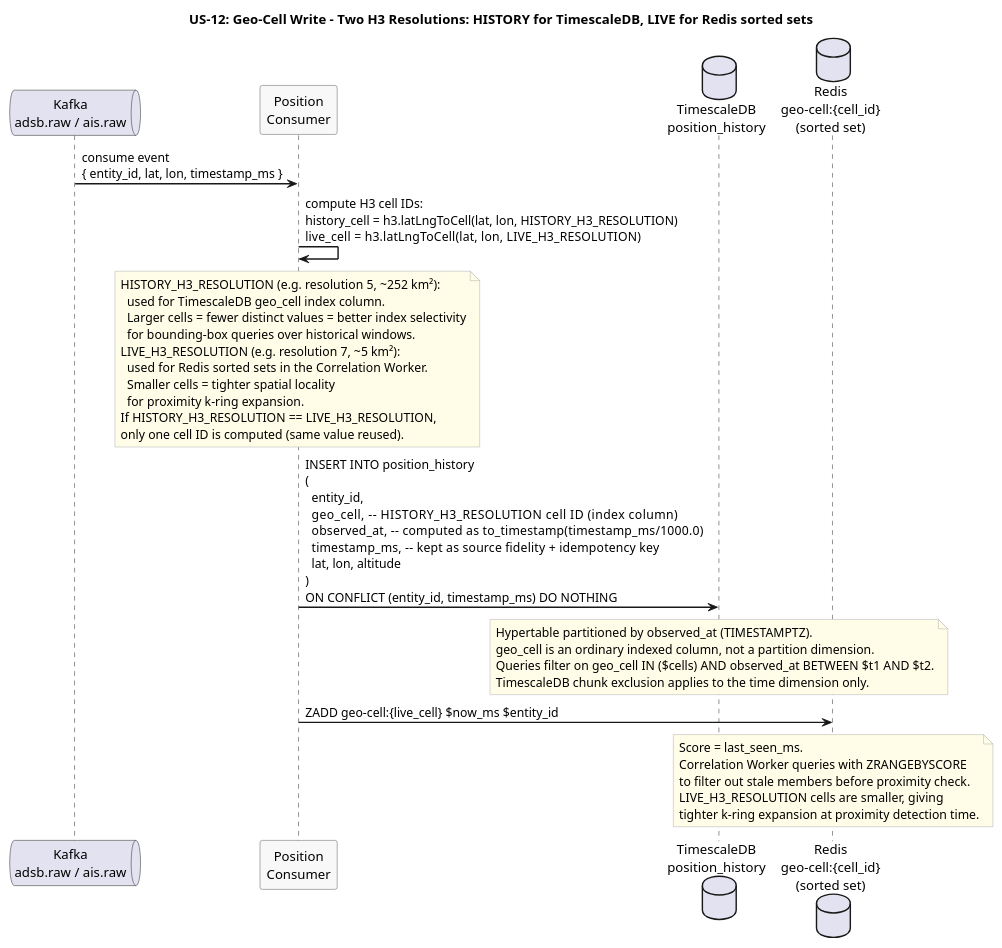
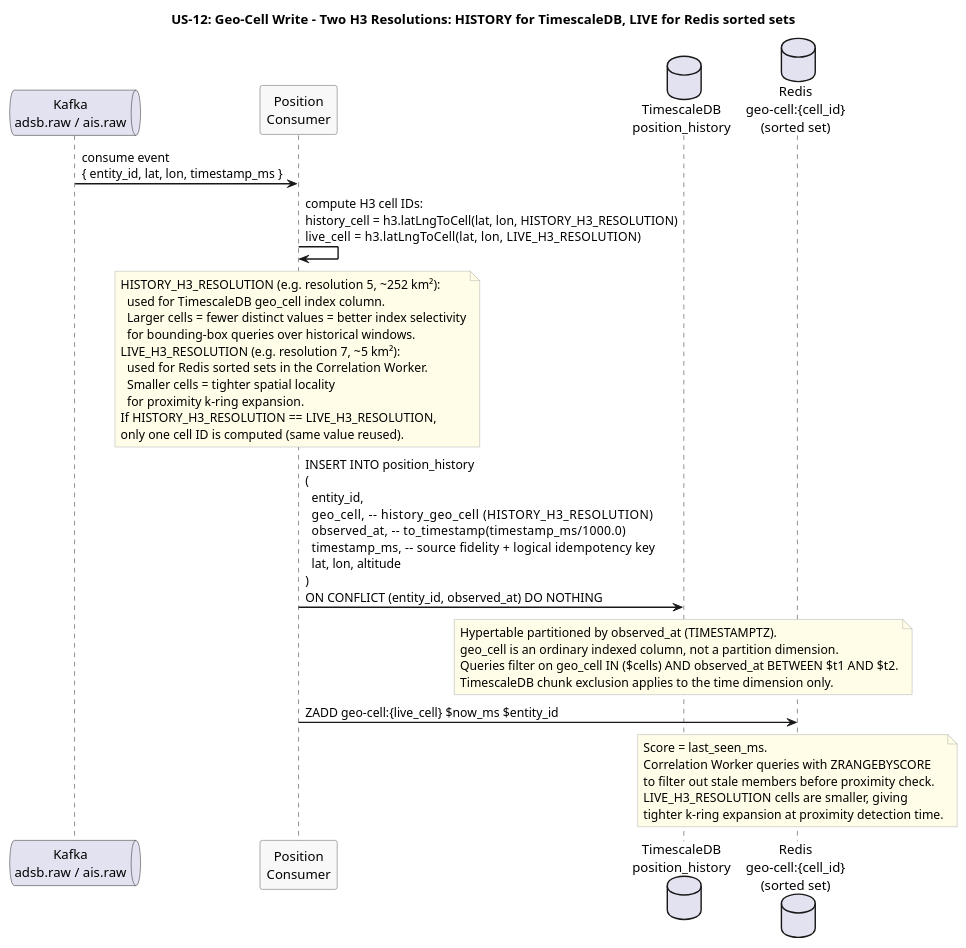
One commit to Buffden/sentinel changed the diagram in docs/use-cases/US-12-geo-spatial-efficiency/geo-cell-write.puml. Above: the diagram before and after it, drawn with PlantUML. The commit also changed 9 other files, not shown here.

First line of the commit message:
use-cases: update all diagrams and docs for 14-issue correctness sweep

```diff
--- a/docs/use-cases/US-12-geo-spatial-efficiency/geo-cell-write.puml
+++ b/docs/use-cases/US-12-geo-spatial-efficiency/geo-cell-write.puml
@@ -1,50 +1,50 @@
 @startuml geo-cell-write
 title US-12: Geo-Cell Write - Two H3 Resolutions: HISTORY for TimescaleDB, LIVE for Redis sorted sets
 
 skinparam sequenceArrowThickness 1.5
 skinparam participantBorderColor #555555
 skinparam participantBackgroundColor #F8F8F8
 skinparam noteBorderColor #AAAAAA
 skinparam noteBackgroundColor #FFFDE7
 
 queue "Kafka\nadsb.raw / ais.raw" as Kafka
 participant "Position\nConsumer" as Consumer
 database "TimescaleDB\nposition_history" as TSDB
 database "Redis\ngeo-cell:{cell_id}\n(sorted set)" as GeoCell
 
 Kafka -> Consumer : consume event\n{ entity_id, lat, lon, timestamp_ms }
 
 Consumer -> Consumer : compute H3 cell IDs:\nhistory_cell = h3.latLngToCell(lat, lon, HISTORY_H3_RESOLUTION)\nlive_cell    = h3.latLngToCell(lat, lon, LIVE_H3_RESOLUTION)
 
 note over Consumer
   HISTORY_H3_RESOLUTION (e.g. resolution 5, ~252 km²):
     used for TimescaleDB geo_cell index column.
     Larger cells = fewer distinct values = better index selectivity
     for bounding-box queries over historical windows.
   LIVE_H3_RESOLUTION (e.g. resolution 7, ~5 km²):
     used for Redis sorted sets in the Correlation Worker.
     Smaller cells = tighter spatial locality
     for proximity k-ring expansion.
   If HISTORY_H3_RESOLUTION == LIVE_H3_RESOLUTION,
   only one cell ID is computed (same value reused).
 end note
 
-Consumer -> TSDB : INSERT INTO position_history\n(\n  entity_id,\n  geo_cell,        -- HISTORY_H3_RESOLUTION cell ID (index column)\n  observed_at,     -- computed as to_timestamp(timestamp_ms/1000.0)\n  timestamp_ms,    -- kept as source fidelity + idempotency key\n  lat, lon, altitude\n)\nON CONFLICT (entity_id, timestamp_ms) DO NOTHING
+Consumer -> TSDB : INSERT INTO position_history\n(\n  entity_id,\n  geo_cell,        -- history_geo_cell (HISTORY_H3_RESOLUTION)\n  observed_at,     -- to_timestamp(timestamp_ms/1000.0)\n  timestamp_ms,    -- source fidelity + logical idempotency key\n  lat, lon, altitude\n)\nON CONFLICT (entity_id, observed_at) DO NOTHING
 
 note over TSDB
   Hypertable partitioned by observed_at (TIMESTAMPTZ).
   geo_cell is an ordinary indexed column, not a partition dimension.
   Queries filter on geo_cell IN ($cells) AND observed_at BETWEEN $t1 AND $t2.
   TimescaleDB chunk exclusion applies to the time dimension only.
 end note
 
 Consumer -> GeoCell : ZADD geo-cell:{live_cell} $now_ms $entity_id
 note over GeoCell
   Score = last_seen_ms.
   Correlation Worker queries with ZRANGEBYSCORE
   to filter out stale members before proximity check.
   LIVE_H3_RESOLUTION cells are smaller, giving
   tighter k-ring expansion at proximity detection time.
 end note
 
 @enduml
```
